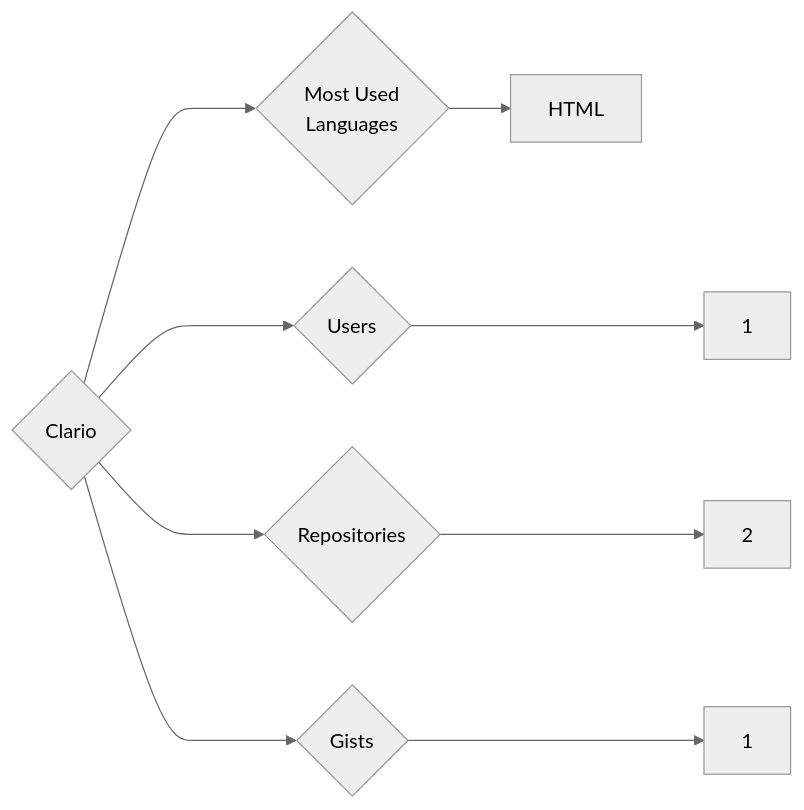
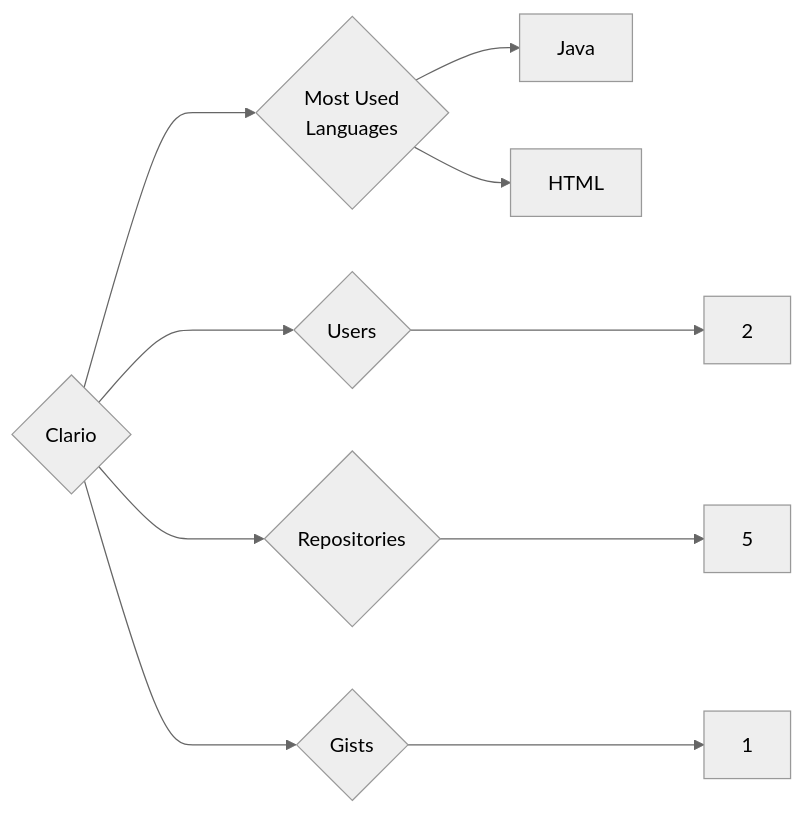
Before and after one commit to trickest/insiders: the diagram in targets/Clario/README.md, drawn with Mermaid (neutral theme). The commit also changed 997 other files, not shown here.

````diff
--- a/targets/Clario/README.md
+++ b/targets/Clario/README.md
@@ -3,9 +3,10 @@
 ```mermaid
 graph LR
 COMPANY_NAME{Clario}
-COMPANY_NAME ---> U{Users} ---> UN[1]
-COMPANY_NAME ---> R{Repositories} ---> RN[2]
+COMPANY_NAME ---> U{Users} ---> UN[2]
+COMPANY_NAME ---> R{Repositories} ---> RN[5]
 COMPANY_NAME ---> G{Gists} ---> GN[1]
 COMPANY_NAME ---> ML{Most Used<br>Languages}
+ML --> Java[Java]
 ML --> HTML[HTML]
 ```
````
